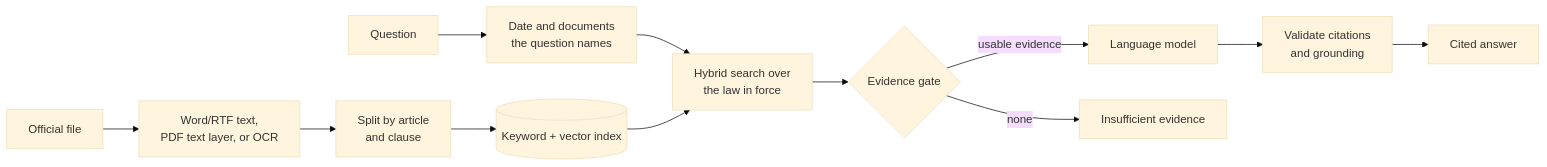
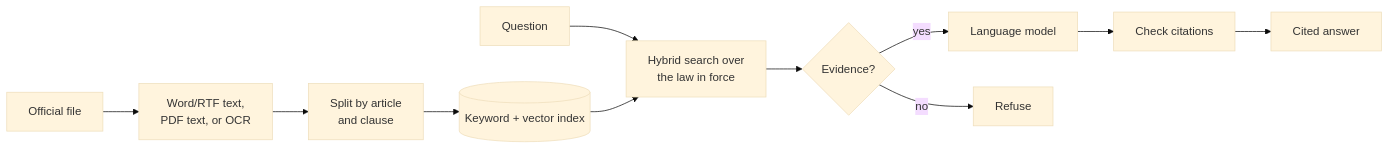
Before and after one commit to thaitri2005/TaxLens-AI: the diagram in README.md, drawn with Mermaid (base theme). The commit also changed other lines of this file and 5 other files, not shown here.

````diff
--- a/README.md
+++ b/README.md
@@ -46,14 +34,12 @@
 ```mermaid
 flowchart LR
-    Doc[Official file] --> Text[Word/RTF text,<br/>PDF text layer, or OCR]
+    Doc[Official file] --> Text[Word/RTF text,<br/>PDF text, or OCR]
     Text --> Chunk[Split by article<br/>and clause]
     Chunk --> Index[(Keyword + vector index)]
-    Question --> Plan[Date and documents<br/>the question names]
-    Plan --> Search[Hybrid search over<br/>the law in force]
+    Question --> Search[Hybrid search over<br/>the law in force]
     Index --> Search
-    Search --> Gate{Evidence gate}
-    Gate -->|usable evidence| LLM[Language model]
-    Gate -->|none| Refuse[Insufficient evidence]
-    LLM --> Check[Validate citations<br/>and grounding]
-    Check --> Answer[Cited answer]
+    Search --> Gate{Evidence?}
+    Gate -->|yes| LLM[Language model]
+    Gate -->|no| Refuse[Refuse]
+    LLM --> Check[Check citations] --> Answer[Cited answer]
 ```
````
